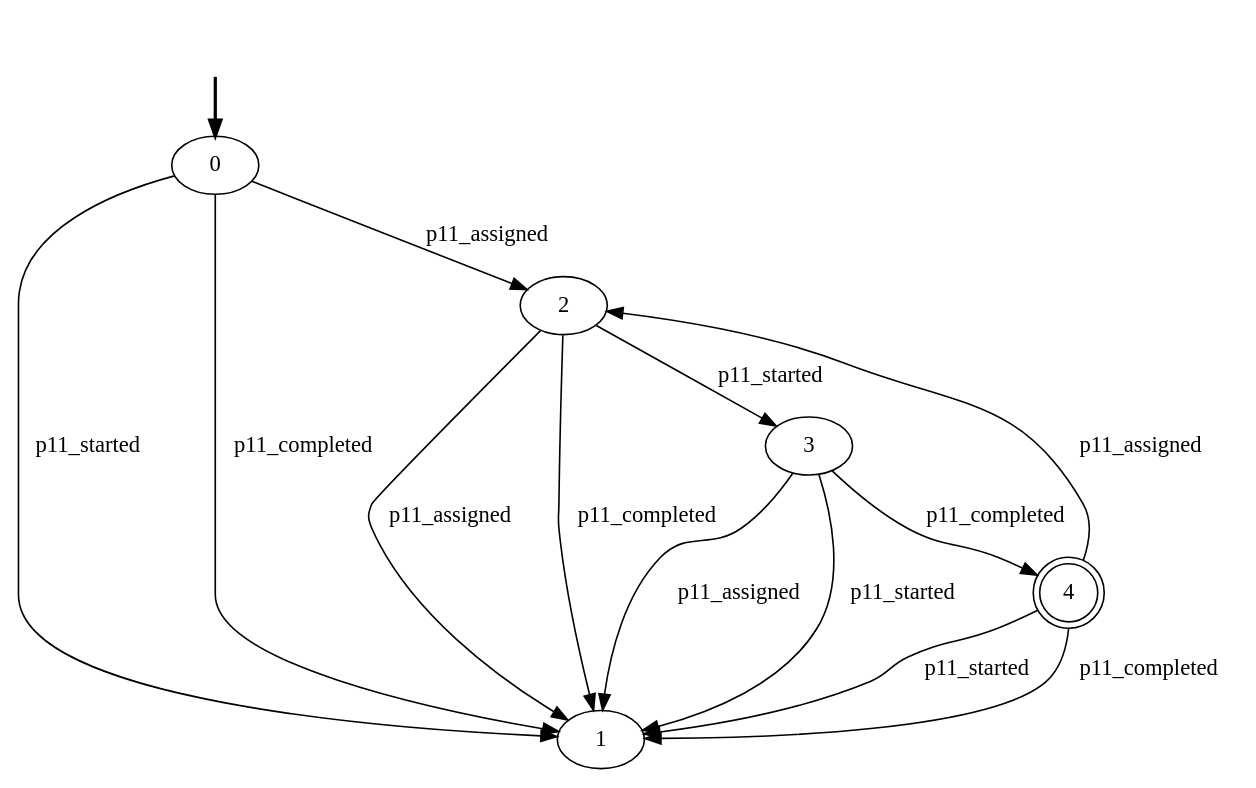
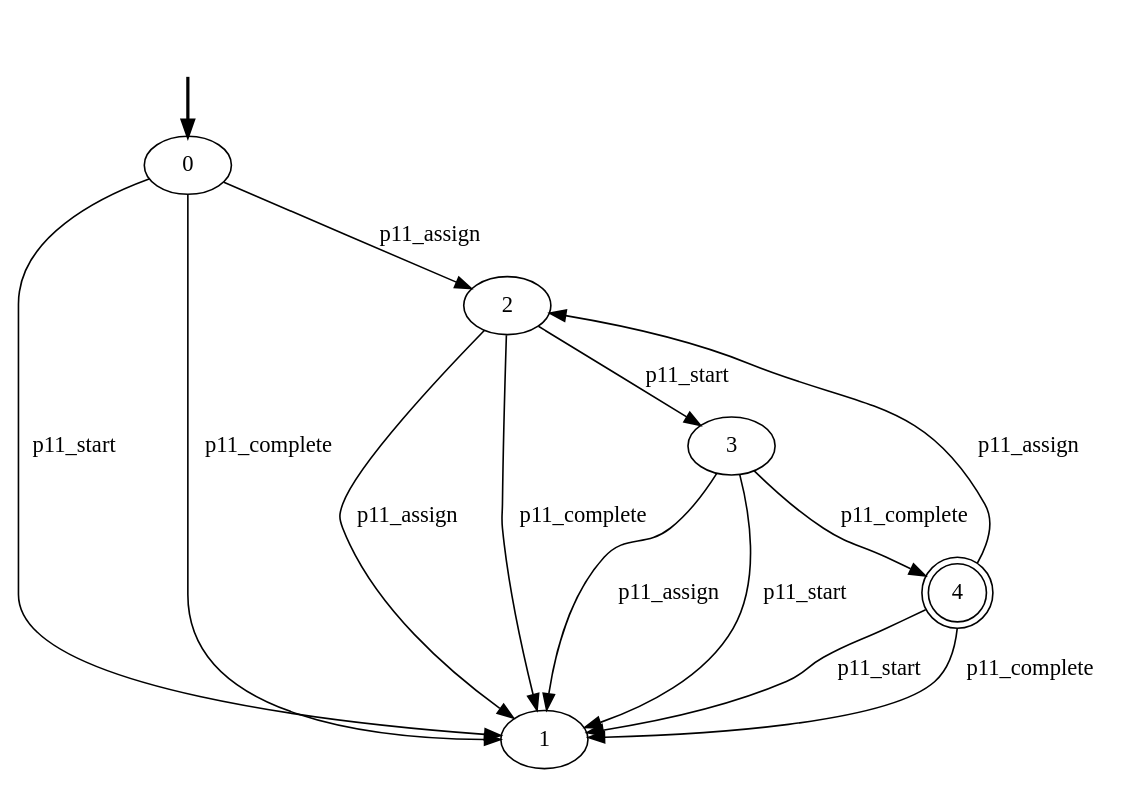
One commit to GianmarcoBordin/pddlTranslator changed the diagram in out/production/Aligner/declarative-models/Data-Aware/5-CONSTRAINTS/p11_lifecycle.dot. Above: the diagram before and after it, drawn with Graphviz. The commit also changed 87 other files, not shown here.

```diff
--- a/out/production/Aligner/declarative-models/Data-Aware/5-CONSTRAINTS/p11_lifecycle.dot
+++ b/out/production/Aligner/declarative-models/Data-Aware/5-CONSTRAINTS/p11_lifecycle.dot
@@ -1,21 +1,21 @@
 digraph {
 		fake0 [style=invisible]
 		0 [root=true]
 		1
 		2
 		3
 		4 [shape=doublecircle]
 		fake0 -> 0 [style=bold]
-		2 -> 1 [label=p11_assigned]
-		2 -> 3 [label=p11_started]
-		2 -> 1 [label=p11_completed]
-		3 -> 1 [label=p11_assigned]
-		3 -> 1 [label=p11_started]
-		3 -> 4 [label=p11_completed]
-		4 -> 2 [label=p11_assigned]
-		4 -> 1 [label=p11_started]
-		4 -> 1 [label=p11_completed]
-		0 -> 2 [label=p11_assigned]
-		0 -> 1 [label=p11_started]
-		0 -> 1 [label=p11_completed]
+		2 -> 1 [label=p11_assign]
+		2 -> 3 [label=p11_start]
+		2 -> 1 [label=p11_complete]
+		3 -> 1 [label=p11_assign]
+		3 -> 1 [label=p11_start]
+		3 -> 4 [label=p11_complete]
+		4 -> 2 [label=p11_assign]
+		4 -> 1 [label=p11_start]
+		4 -> 1 [label=p11_complete]
+		0 -> 2 [label=p11_assign]
+		0 -> 1 [label=p11_start]
+		0 -> 1 [label=p11_complete]
 }
```
